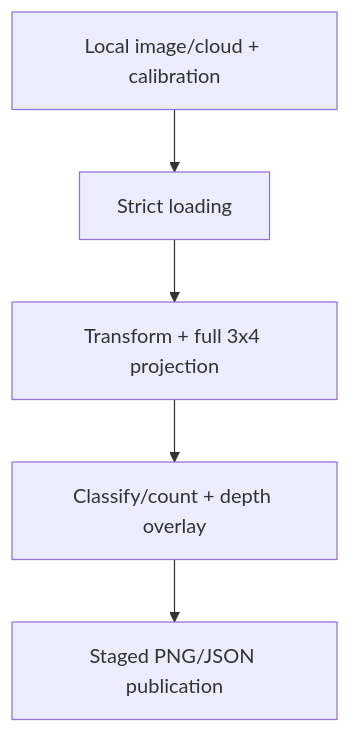
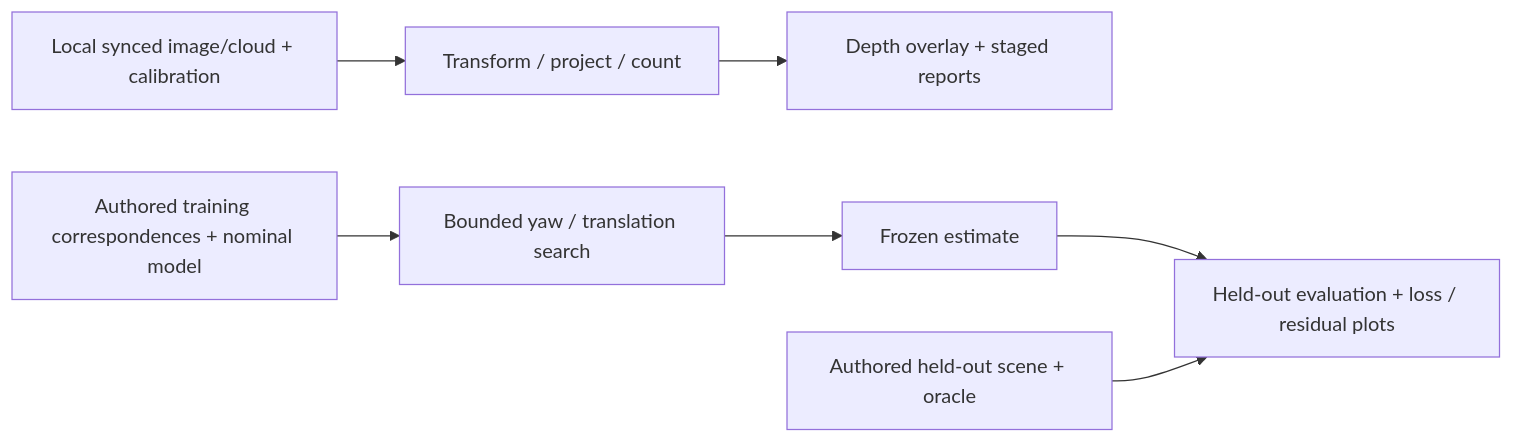
The diagram in README.md (WeiHanTu/sensor-fusion-replay-cpp), drawn with Mermaid before and after one commit. The commit also changed other lines of this file and 22 other files, not shown here.

````diff
--- a/README.md
+++ b/README.md
@@ -21,7 +23,9 @@
 ```mermaid
-flowchart TD
-  A[Local image/cloud + calibration] --> B[Strict loading]
-  B --> C[Transform + full 3x4 projection]
-  C --> D[Classify/count + depth overlay]
-  D --> E[Staged PNG/JSON publication]
+flowchart LR
+  K[Local synced image/cloud + calibration] --> P[Transform / project / count]
+  P --> V[Depth overlay + staged reports]
+  T[Authored training correspondences + nominal model] --> S[Bounded yaw / translation search]
+  S --> F[Frozen estimate]
+  F --> E[Held-out evaluation + loss / residual plots]
+  H[Authored held-out scene + oracle] --> E
 ```
````
